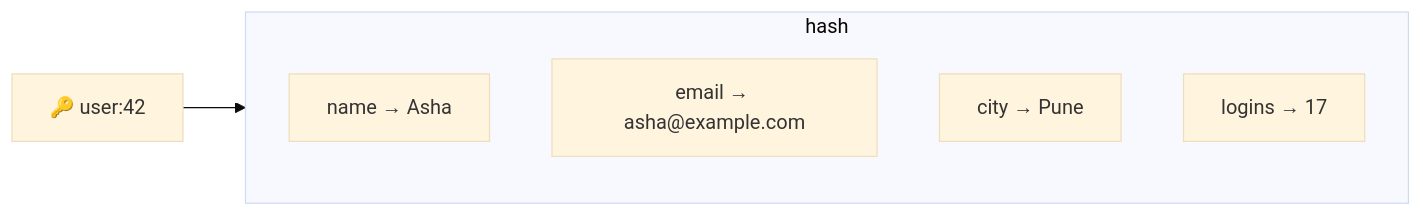
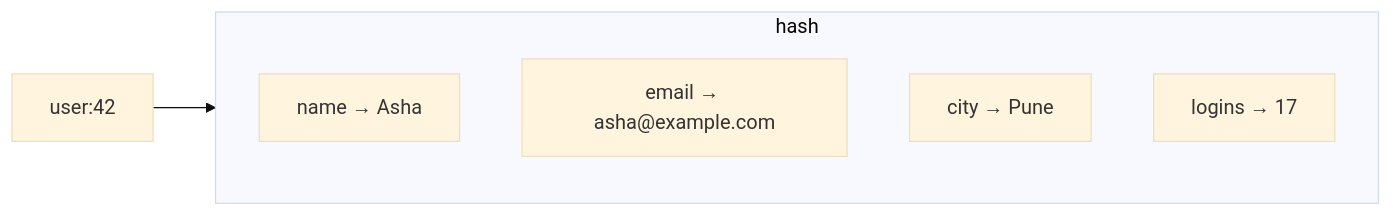
One commit to jamal474/slides changed the seventh of 53 diagrams in src/redis.md. Above: the diagram before and after it, drawn with Mermaid (base theme). The commit also changed other lines of this file, not shown here.

````diff
--- a/src/redis.md
+++ b/src/redis.md
@@ -402,11 +399,11 @@
 ```mermaid
 flowchart LR
-  K["🔑 user:42"] --> H
+  K["user:42"] --> H
   subgraph H["hash"]
     direction TB
     f1["name → Asha"]
     f2["email → asha@example.com"]
     f3["city → Pune"]
     f4["logins → 17"]
   end
 ```
````
